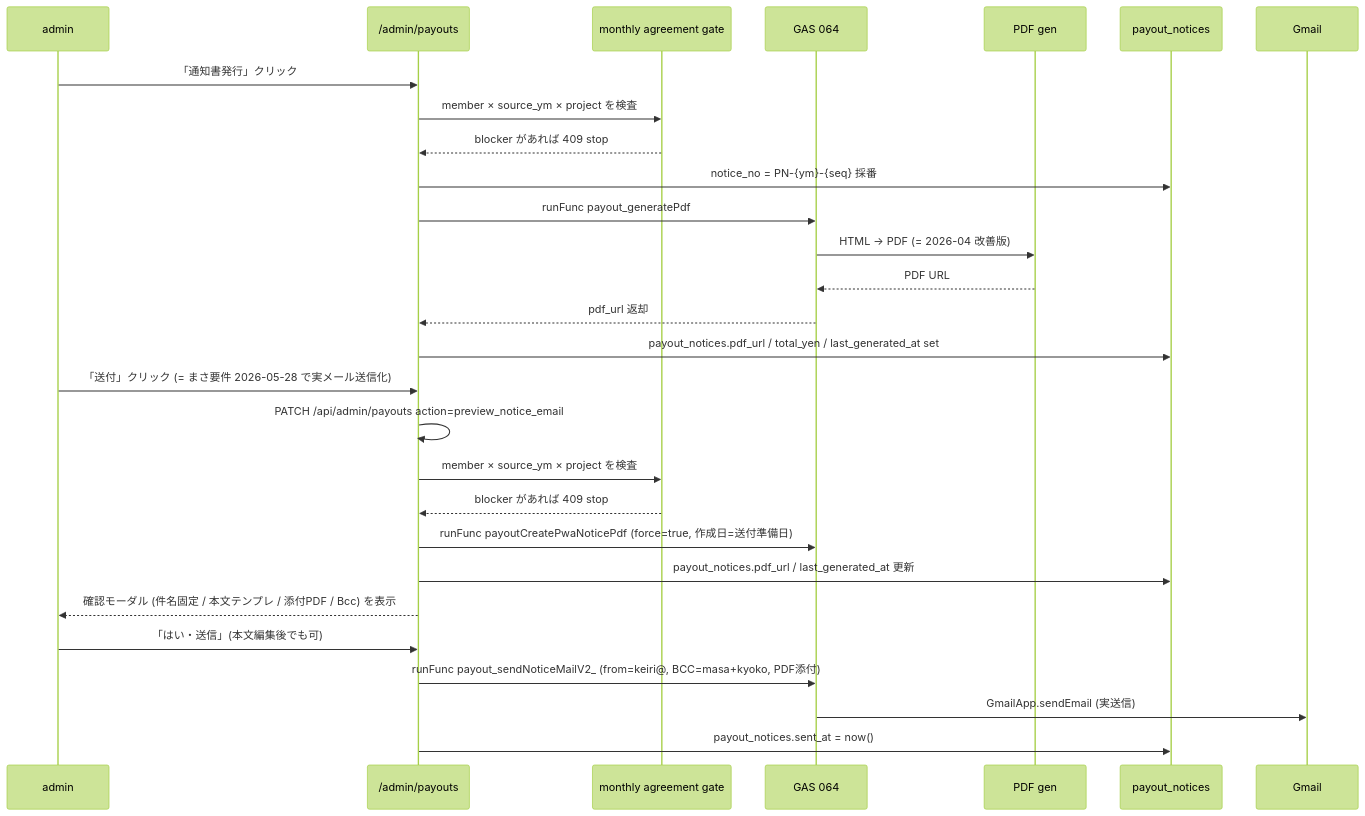
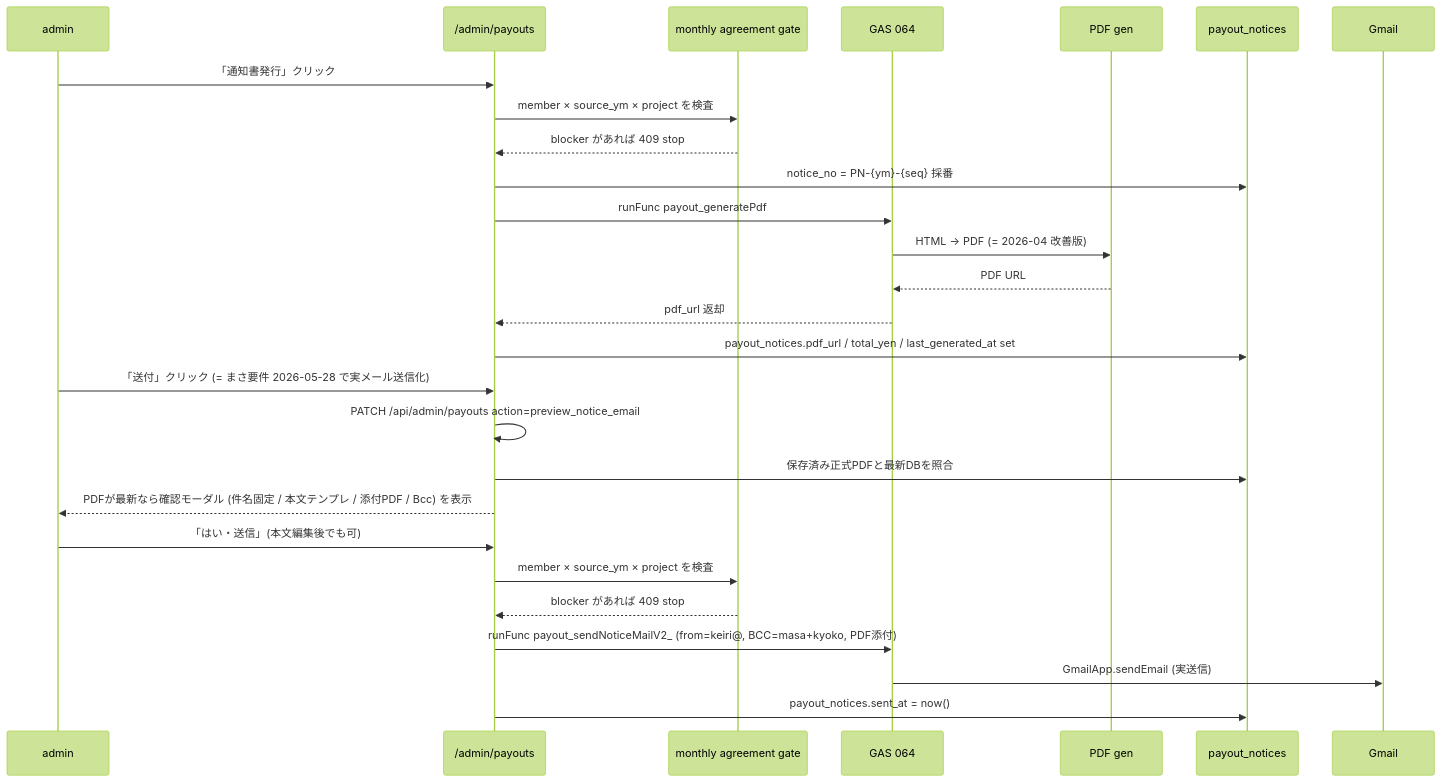
The second of 2 diagrams in pwa/manual/6-5-admin-payouts-reward-notice-spec.md (masa-teamarmada/amd-os), drawn with Mermaid (forest theme) before and after one commit. The commit also changed other lines of this file and 7 other files, not shown here.

````diff
--- a/pwa/manual/6-5-admin-payouts-reward-notice-spec.md
+++ b/pwa/manual/6-5-admin-payouts-reward-notice-spec.md
@@ -118,29 +118,28 @@
 ```mermaid
 sequenceDiagram
   participant Admin as admin
   participant PWA as /admin/payouts
   participant Gate as monthly agreement gate
   participant GAS as GAS 064
   participant PDF as PDF gen
   participant DB as payout_notices
   Admin->>PWA: 「通知書発行」クリック
   PWA->>Gate: member × source_ym × project を検査
   Gate-->>PWA: blocker があれば 409 stop
   PWA->>DB: notice_no = PN-{ym}-{seq} 採番
   PWA->>GAS: runFunc payout_generatePdf
   GAS->>PDF: HTML → PDF (= 2026-04 改善版)
   PDF-->>GAS: PDF URL
   GAS-->>PWA: pdf_url 返却
   PWA->>DB: payout_notices.pdf_url / total_yen / last_generated_at set
   Admin->>PWA: 「送付」クリック (= まさ要件 2026-05-28 で実メール送信化)
   PWA->>PWA: PATCH /api/admin/payouts action=preview_notice_email
+  PWA->>DB: 保存済み正式PDFと最新DBを照合
+  PWA-->>Admin: PDFが最新なら確認モーダル (件名固定 / 本文テンプレ / 添付PDF / Bcc) を表示
+  Admin->>PWA: 「はい・送信」(本文編集後でも可)
   PWA->>Gate: member × source_ym × project を検査
   Gate-->>PWA: blocker があれば 409 stop
-  PWA->>GAS: runFunc payoutCreatePwaNoticePdf (force=true, 作成日=送付準備日)
-  PWA->>DB: payout_notices.pdf_url / last_generated_at 更新
-  PWA-->>Admin: 確認モーダル (件名固定 / 本文テンプレ / 添付PDF / Bcc) を表示
-  Admin->>PWA: 「はい・送信」(本文編集後でも可)
   PWA->>GAS: runFunc payout_sendNoticeMailV2_ (from=keiri@, BCC=masa+kyoko, PDF添付)
   GAS->>Gmail: GmailApp.sendEmail (実送信)
   PWA->>DB: payout_notices.sent_at = now()
 ```
````
